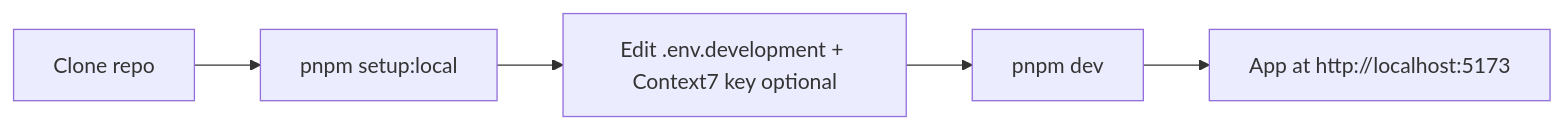
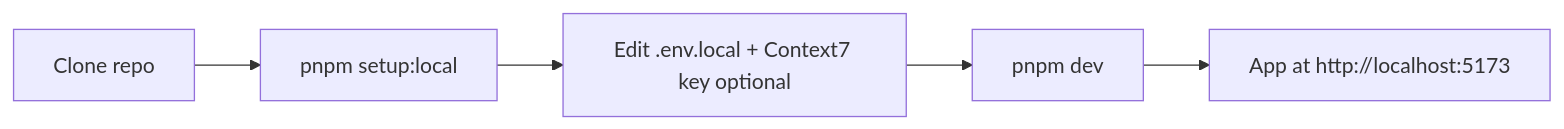
Before and after one commit to nikunjmavani/core-fe: the diagram in docs/getting-started/setup.md, drawn with Mermaid. The commit also changed other lines of this file and 43 other files, not shown here.

First line of the commit message:
feat(env): default to `local` mode with .env.local + per-environment defaults (#164)

````diff
--- a/docs/getting-started/setup.md
+++ b/docs/getting-started/setup.md
@@ -5,7 +5,7 @@
 ```mermaid
 flowchart LR
   A[Clone repo] --> B[pnpm setup:local]
-  B --> C[Edit .env.development + Context7 key optional]
+  B --> C[Edit .env.local + Context7 key optional]
   C --> D[pnpm dev]
   D --> E["App at http://localhost:5173"]
 ```
````
